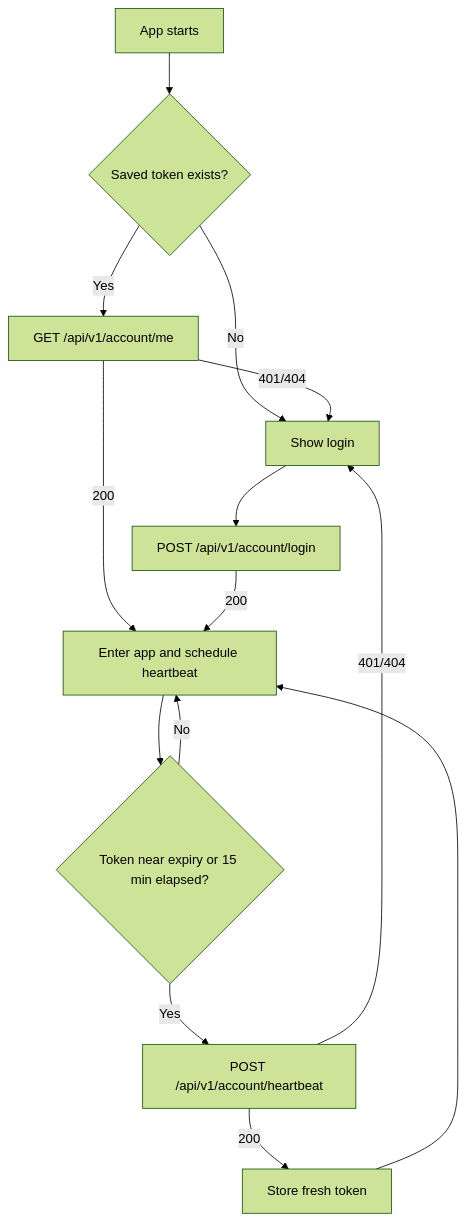
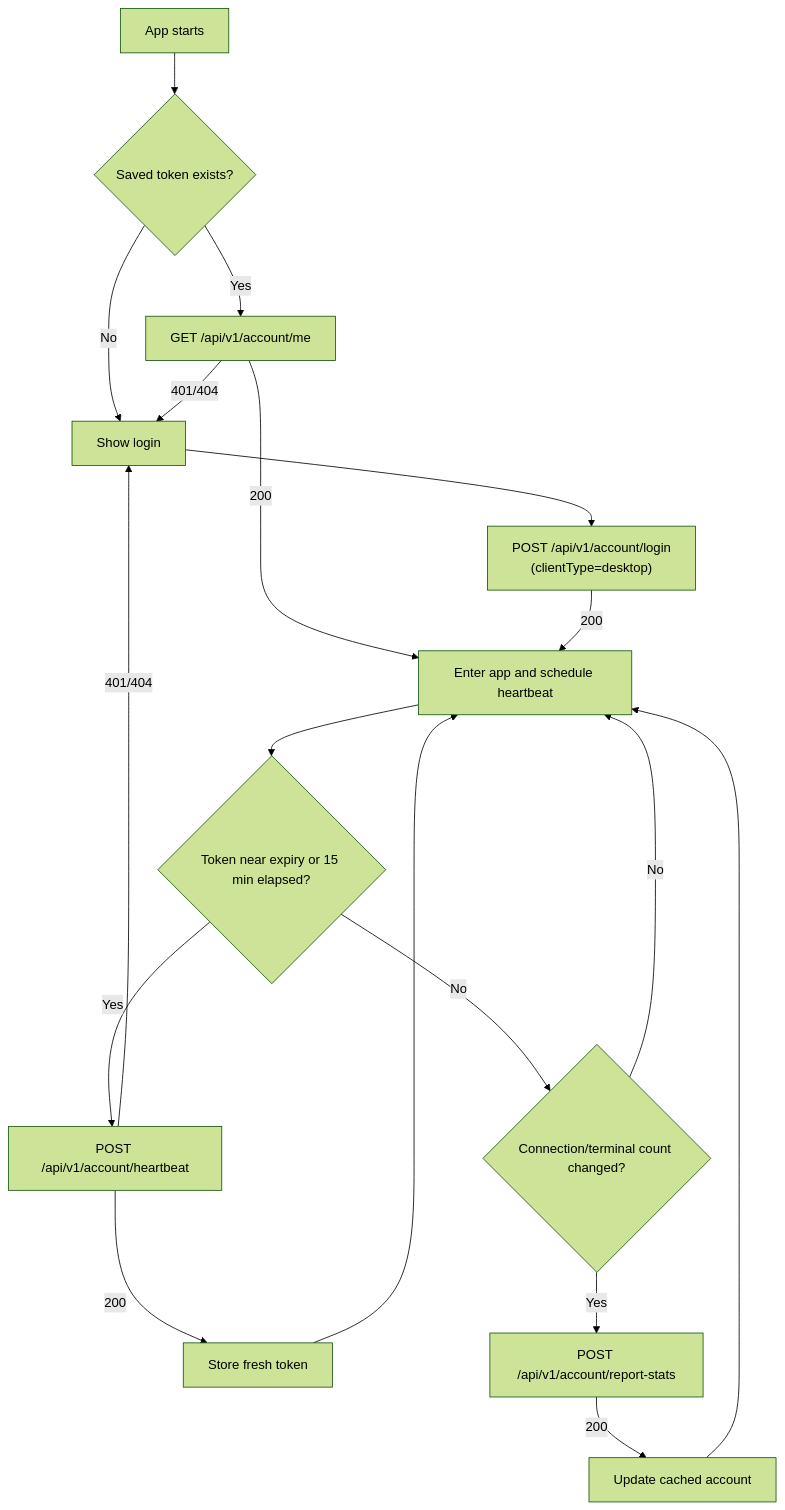
Before and after one commit to Voghost/JLShell: the diagram in .docs/client-auth-api.md, drawn with Mermaid (forest theme). The commit also changed other lines of this file and 6 other files, not shown here.

First line of the commit message:
feat: add clientType, captcha, report-stats, change-password per updated API

````diff
--- a/.docs/client-auth-api.md
+++ b/.docs/client-auth-api.md
@@ -191,16 +321,20 @@
 ```mermaid
 flowchart TD
   A["App starts"] --> B{"Saved token exists?"}
   B -- "No" --> C["Show login"]
   B -- "Yes" --> D["GET /api/v1/account/me"]
   D -- "200" --> E["Enter app and schedule heartbeat"]
   D -- "401/404" --> C
-  C --> F["POST /api/v1/account/login"]
+  C --> F["POST /api/v1/account/login\n(clientType=desktop)"]
   F -- "200" --> E
   E --> G{"Token near expiry or 15 min elapsed?"}
   G -- "Yes" --> H["POST /api/v1/account/heartbeat"]
   H -- "200" --> I["Store fresh token"]
   H -- "401/404" --> C
-  G -- "No" --> E
+  G -- "No" --> J{"Connection/terminal count changed?"}
+  J -- "Yes" --> K["POST /api/v1/account/report-stats"]
+  K -- "200" --> L["Update cached account"]
+  J -- "No" --> E
   I --> E
+  L --> E
 ```
````
